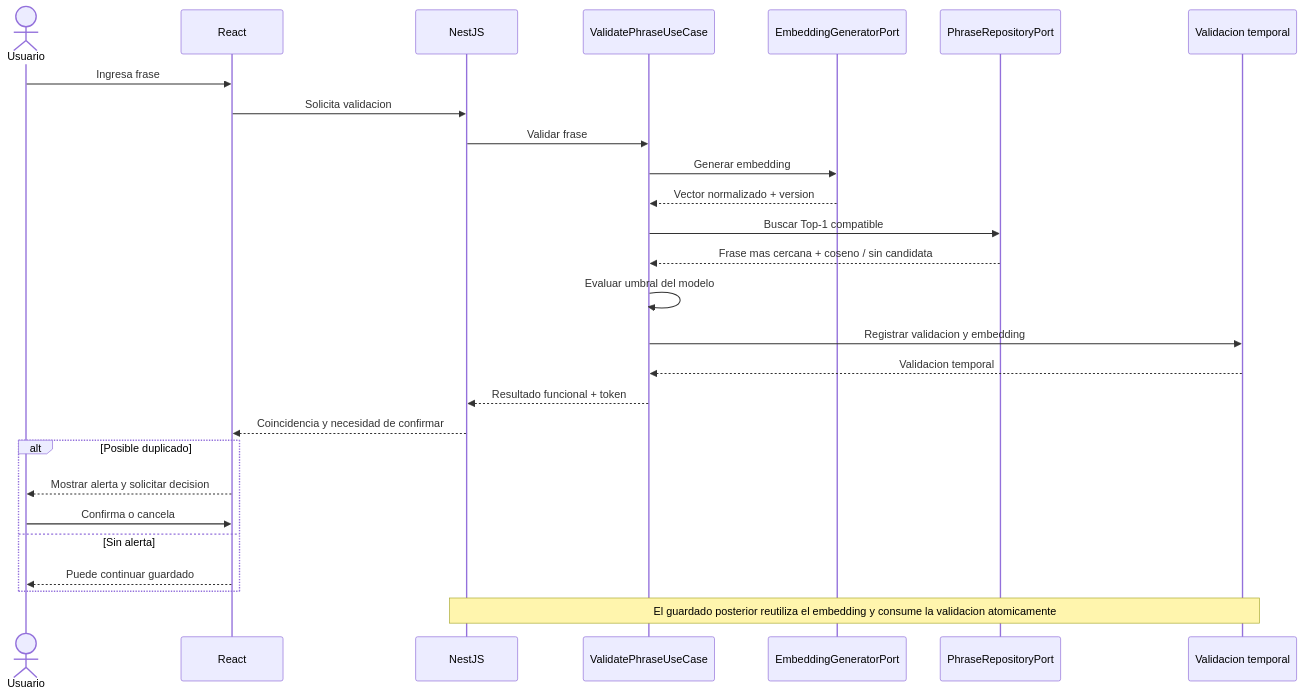
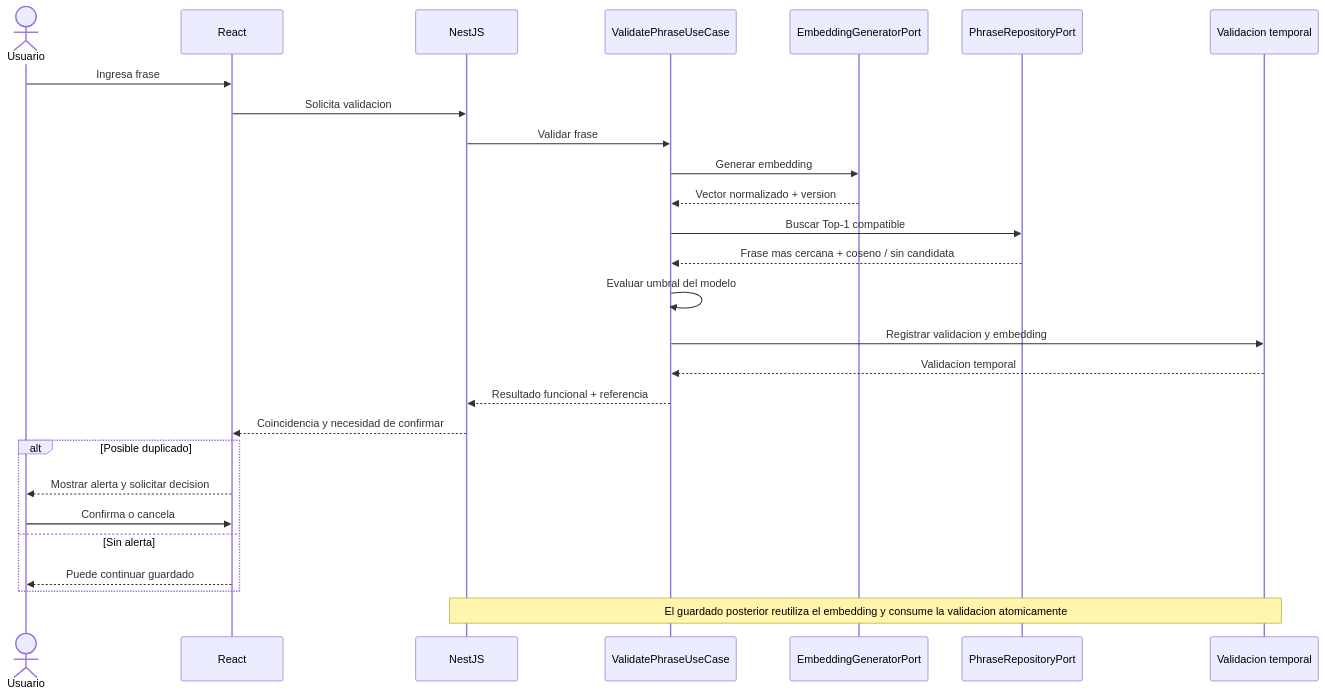
Before and after one commit to eduardoquispe/semantic-phrase-app: the second of 3 diagrams in docs/03-architecture/04-ai-architecture.md, drawn with Mermaid. The commit also changed other lines of this file and 7 other files, not shown here.

````diff
--- a/docs/03-architecture/04-ai-architecture.md
+++ b/docs/03-architecture/04-ai-architecture.md
@@ -233,29 +243,29 @@
 ```mermaid
 sequenceDiagram
     actor Usuario
     participant Web as React
     participant API as NestJS
     participant UC as ValidatePhraseUseCase
     participant IA as EmbeddingGeneratorPort
     participant Repo as PhraseRepositoryPort
     participant Val as Validacion temporal
     Usuario->>Web: Ingresa frase
     Web->>API: Solicita validacion
     API->>UC: Validar frase
     UC->>IA: Generar embedding
     IA-->>UC: Vector normalizado + version
     UC->>Repo: Buscar Top-1 compatible
     Repo-->>UC: Frase mas cercana + coseno / sin candidata
     UC->>UC: Evaluar umbral del modelo
     UC->>Val: Registrar validacion y embedding
     Val-->>UC: Validacion temporal
-    UC-->>API: Resultado funcional + token
+    UC-->>API: Resultado funcional + referencia
     API-->>Web: Coincidencia y necesidad de confirmar
     alt Posible duplicado
         Web-->>Usuario: Mostrar alerta y solicitar decision
         Usuario->>Web: Confirma o cancela
     else Sin alerta
         Web-->>Usuario: Puede continuar guardado
     end
     Note over API,Val: El guardado posterior reutiliza el embedding y consume la validacion atomicamente
 ```
````
